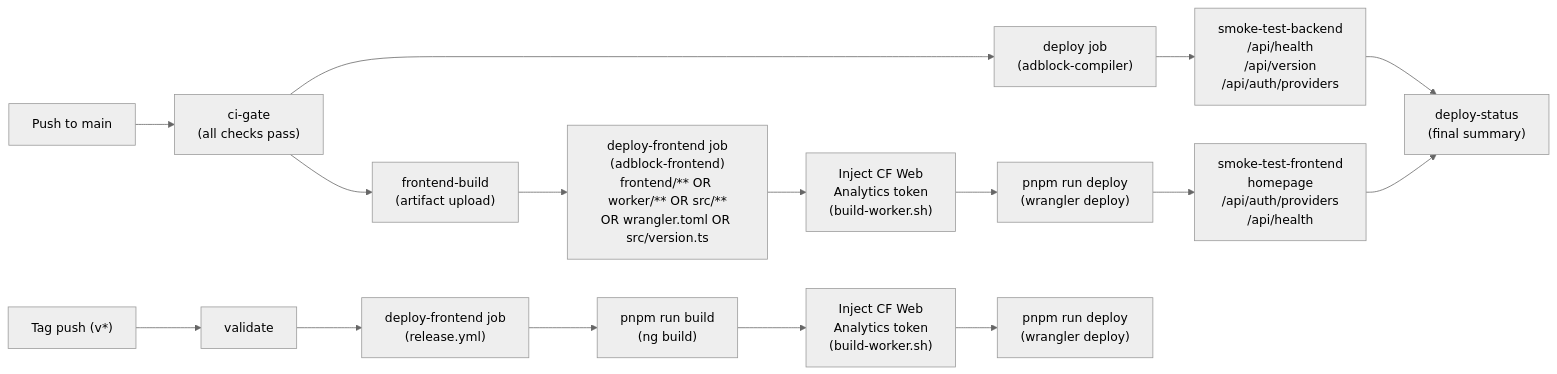
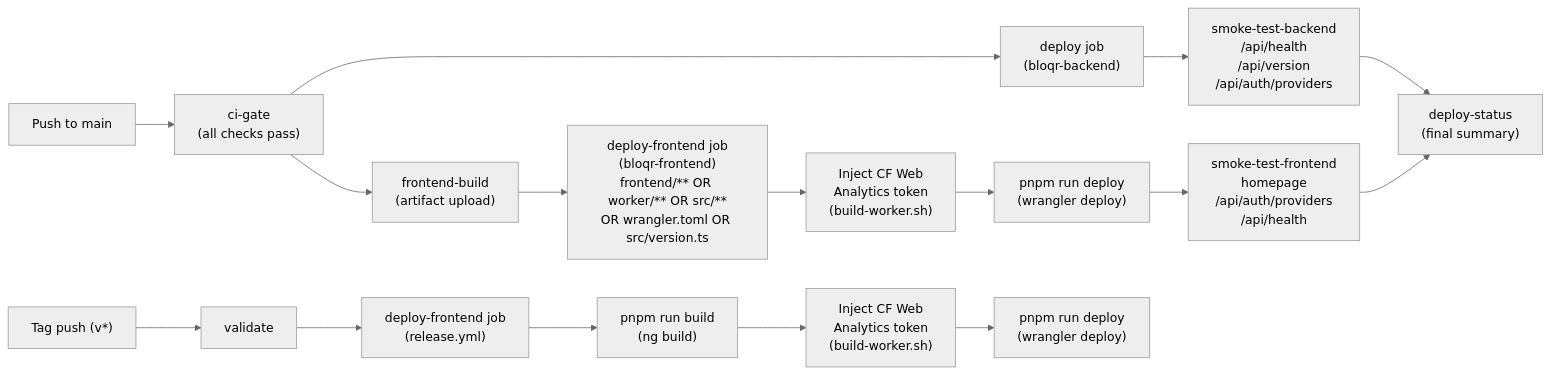
One commit to jaypatrick/adblock-compiler changed the fourth of 4 diagrams in docs/deployment/CLOUDFLARE_WORKERS_ARCHITECTURE.md. Above: the diagram before and after it, drawn with Mermaid (neutral theme). The commit also changed other lines of this file and 252 other files, not shown here.

First line of the commit message:
chore: rename Cloudflare Worker names from adblock- to bloqr- (bloqr-compiler → bloqr-backend) (#1762)

````diff
--- a/docs/deployment/CLOUDFLARE_WORKERS_ARCHITECTURE.md
+++ b/docs/deployment/CLOUDFLARE_WORKERS_ARCHITECTURE.md
@@ -233,19 +233,19 @@
 ```mermaid
 flowchart LR
     push["Push to main"] --> ci_gate["ci-gate\n(all checks pass)"]
-    ci_gate --> deploy_backend["deploy job\n(adblock-compiler)"]
+    ci_gate --> deploy_backend["deploy job\n(bloqr-backend)"]
     ci_gate --> frontend_build["frontend-build\n(artifact upload)"]
-    frontend_build --> deploy_frontend["deploy-frontend job\n(adblock-frontend)\nfrontend/** OR worker/** OR src/**\nOR wrangler.toml OR src/version.ts"]
+    frontend_build --> deploy_frontend["deploy-frontend job\n(bloqr-frontend)\nfrontend/** OR worker/** OR src/**\nOR wrangler.toml OR src/version.ts"]
     deploy_frontend --> inject["Inject CF Web\nAnalytics token\n(build-worker.sh)"]
     inject --> wrangler_deploy["pnpm run deploy\n(wrangler deploy)"]
     deploy_backend --> smoke_backend["smoke-test-backend\n/api/health\n/api/version\n/api/auth/providers"]
     wrangler_deploy --> smoke_frontend["smoke-test-frontend\nhomepage\n/api/auth/providers\n/api/health"]
     smoke_backend --> deploy_status["deploy-status\n(final summary)"]
     smoke_frontend --> deploy_status
 
     tag["Tag push (v*)"] --> validate["validate"]
     validate --> deploy_frontend_rel["deploy-frontend job\n(release.yml)"]
     deploy_frontend_rel --> build_rel["pnpm run build\n(ng build)"]
     build_rel --> inject_rel["Inject CF Web\nAnalytics token\n(build-worker.sh)"]
     inject_rel --> wrangler_rel["pnpm run deploy\n(wrangler deploy)"]
 ```
````
